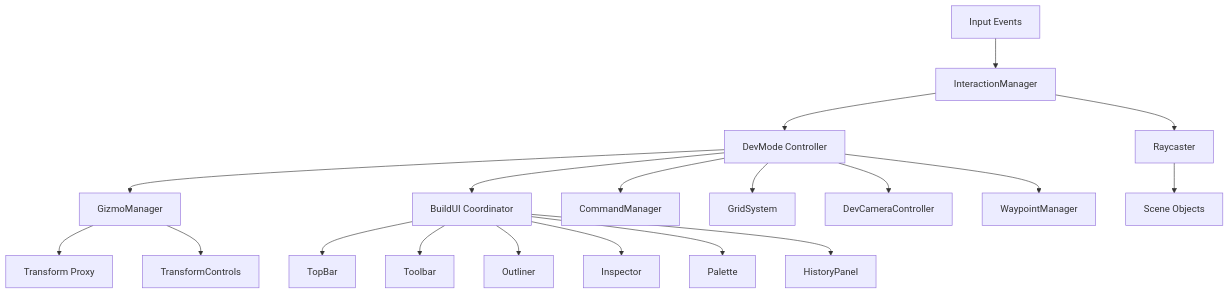
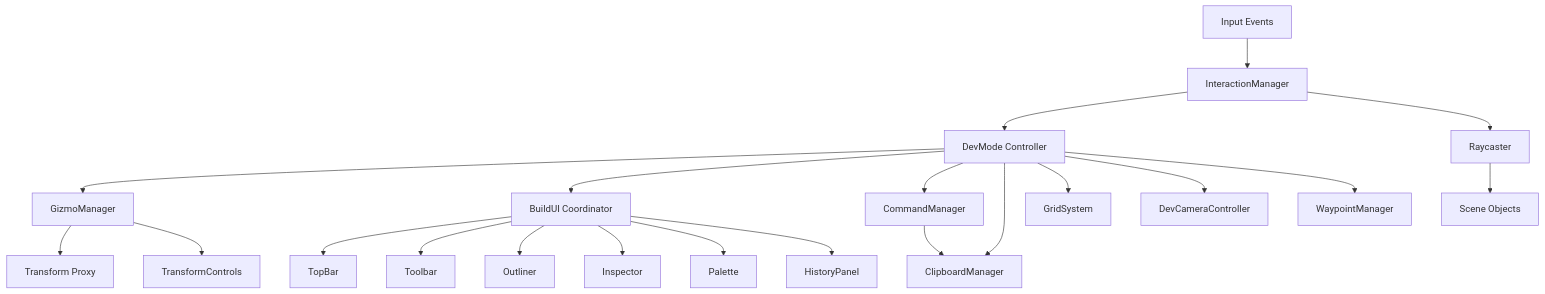
One commit to DanteMarone/Drone-City-Flight changed the diagram in docs/dev_tools.md. Above: the diagram before and after it, drawn with Mermaid. The commit also changed other lines of this file and 3 other files, not shown here.

Commit message:
Refactor dev clipboard workflow

````diff
--- a/docs/dev_tools.md
+++ b/docs/dev_tools.md
@@ -10,25 +10,27 @@
 ```mermaid
 graph TD
     Input[Input Events] --> Interaction[InteractionManager]
     Interaction --> DevMode[DevMode Controller]
 
     DevMode --> Gizmo[GizmoManager]
     DevMode --> BuildUI[BuildUI Coordinator]
     DevMode --> History[CommandManager]
+    DevMode --> Clipboard[ClipboardManager]
     DevMode --> Grid[GridSystem]
     DevMode --> Cam[DevCameraController]
     DevMode --> Waypoint[WaypointManager]
 
     BuildUI --> TopBar
     BuildUI --> Toolbar
     BuildUI --> Outliner
     BuildUI --> Inspector
     BuildUI --> Palette
     BuildUI --> HistoryPanel
 
     Gizmo --> Proxy[Transform Proxy]
     Gizmo --> Controls[TransformControls]
 
+    History --> Clipboard
     Interaction --> Raycast[Raycaster]
     Raycast --> Scene[Scene Objects]
 ```
````
